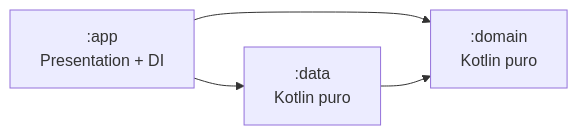
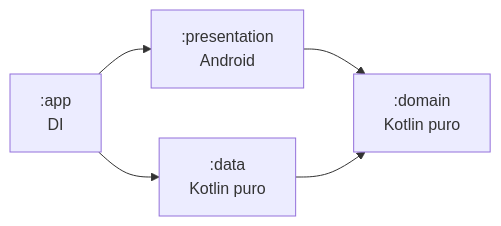
The diagram in README.md (marcospoloc/Watchly), drawn with Mermaid before and after one commit. The commit also changed other lines of this file and 49 other files, not shown here.

````diff
--- a/README.md
+++ b/README.md
@@ -61,6 +61,7 @@
 ```mermaid
 flowchart LR
-    app[":app<br/>Presentation + DI"] --> domain[":domain<br/>Kotlin puro"]
+    app[":app<br/>DI"] --> presentation[":presentation<br/>Android"]
+    presentation --> domain[":domain<br/>Kotlin puro"]
     data[":data<br/>Kotlin puro"] --> domain
     app --> data
 ```
````
